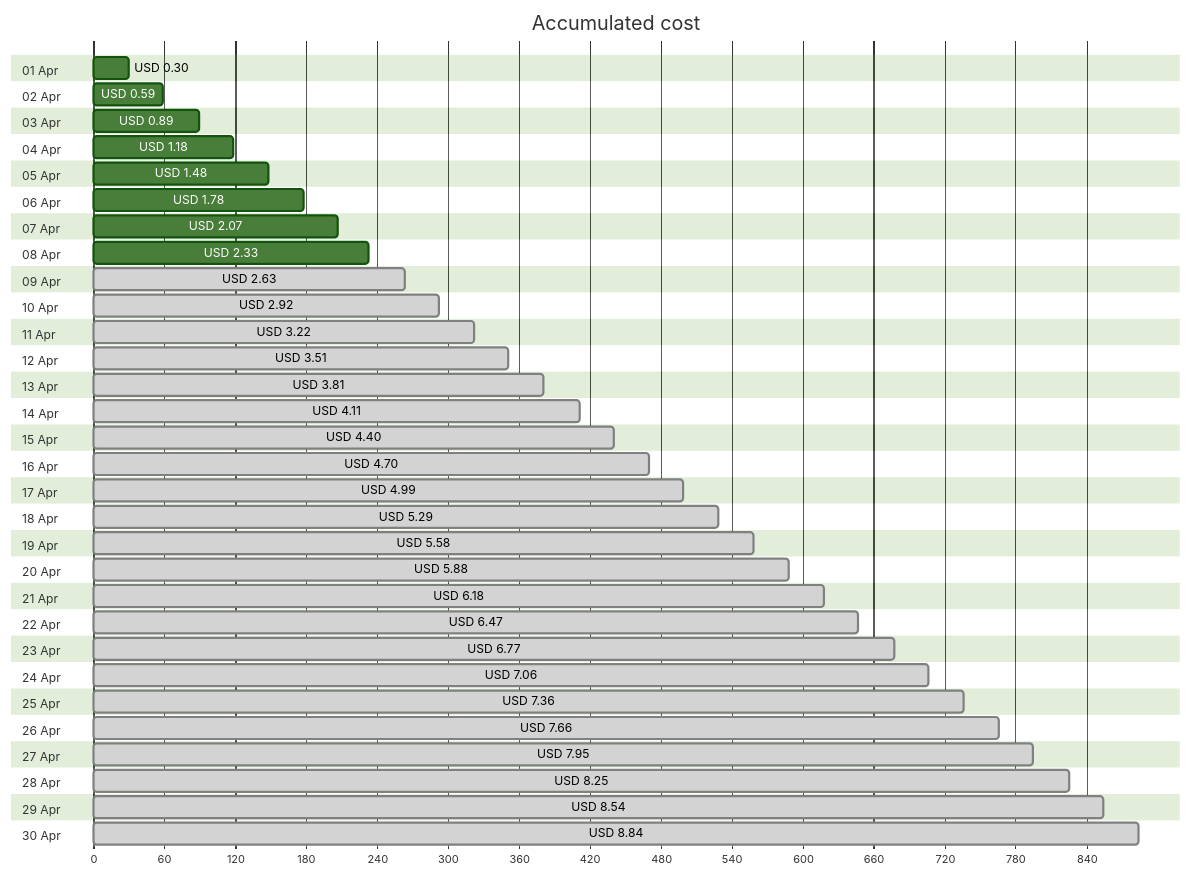
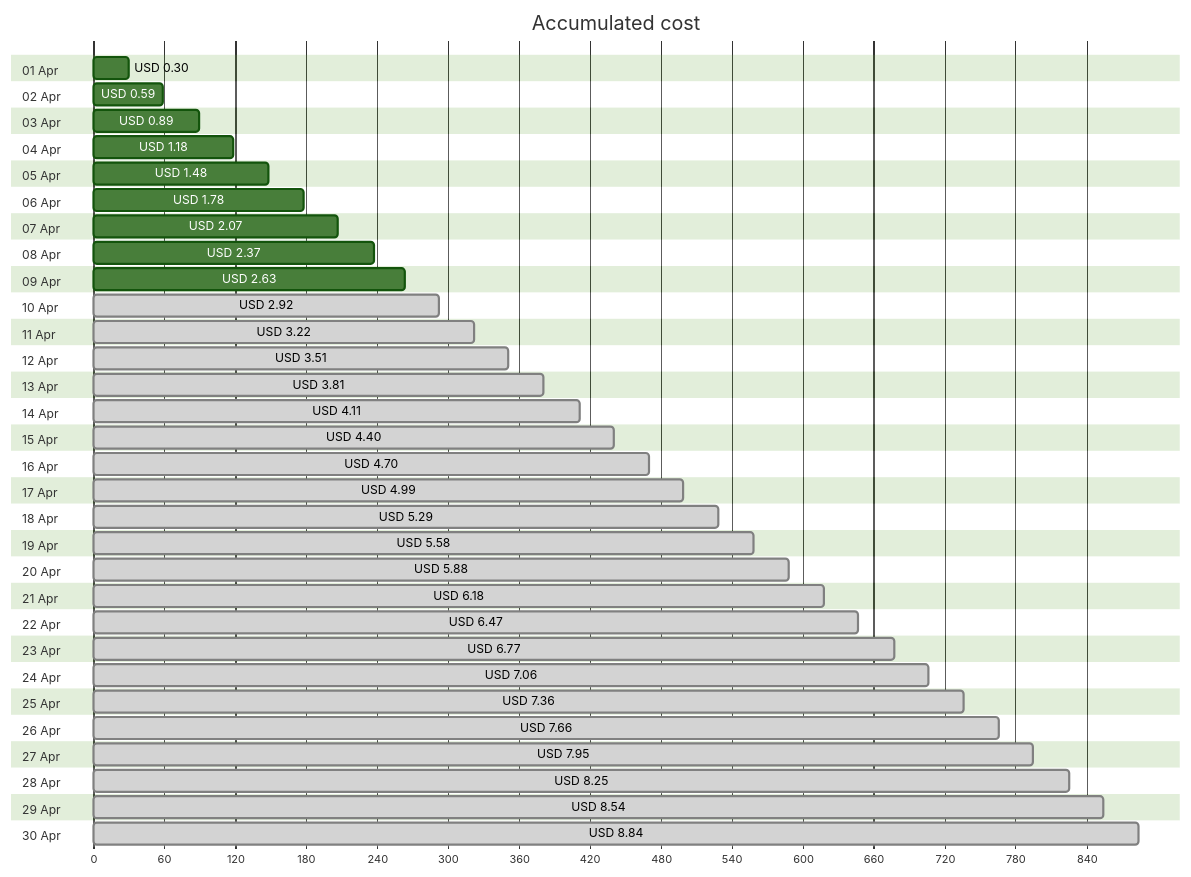
One commit to jpfulton/azure-personal-reports changed the first of 4 diagrams in cost-reports/personal-site/personal-site.md. Above: the diagram before and after it, drawn with Mermaid (forest theme). The commit also changed other lines of this file and 6 other files, not shown here.

````diff
--- a/cost-reports/personal-site/personal-site.md
+++ b/cost-reports/personal-site/personal-site.md
@@ -20,66 +20,66 @@
 ```mermaid
 gantt
    title Accumulated cost
    dateFormat  X
    axisFormat %s
    section 01 Apr
    USD 0.30 :0, 30
    section 02 Apr
    USD 0.59 :0, 59
    section 03 Apr
    USD 0.89 :0, 89
    section 04 Apr
    USD 1.18 :0, 118
    section 05 Apr
    USD 1.48 :0, 148
    section 06 Apr
    USD 1.78 :0, 178
    section 07 Apr
    USD 2.07 :0, 207
    section 08 Apr
-   USD 2.33 :0, 233
+   USD 2.37 :0, 237
    section 09 Apr
-   USD 2.63 : done, 0, 263
+   USD 2.63 :0, 263
    section 10 Apr
    USD 2.92 : done, 0, 292
    section 11 Apr
    USD 3.22 : done, 0, 322
    section 12 Apr
    USD 3.51 : done, 0, 351
    section 13 Apr
    USD 3.81 : done, 0, 381
    section 14 Apr
    USD 4.11 : done, 0, 411
    section 15 Apr
    USD 4.40 : done, 0, 440
    section 16 Apr
    USD 4.70 : done, 0, 470
    section 17 Apr
    USD 4.99 : done, 0, 499
    section 18 Apr
    USD 5.29 : done, 0, 529
    section 19 Apr
    USD 5.58 : done, 0, 558
    section 20 Apr
    USD 5.88 : done, 0, 588
    section 21 Apr
    USD 6.18 : done, 0, 618
    section 22 Apr
    USD 6.47 : done, 0, 647
    section 23 Apr
    USD 6.77 : done, 0, 677
    section 24 Apr
    USD 7.06 : done, 0, 706
    section 25 Apr
    USD 7.36 : done, 0, 736
    section 26 Apr
    USD 7.66 : done, 0, 766
    section 27 Apr
    USD 7.95 : done, 0, 795
    section 28 Apr
    USD 8.25 : done, 0, 825
    section 29 Apr
    USD 8.54 : done, 0, 854
    section 30 Apr
    USD 8.84 : done, 0, 884
 ```
````
